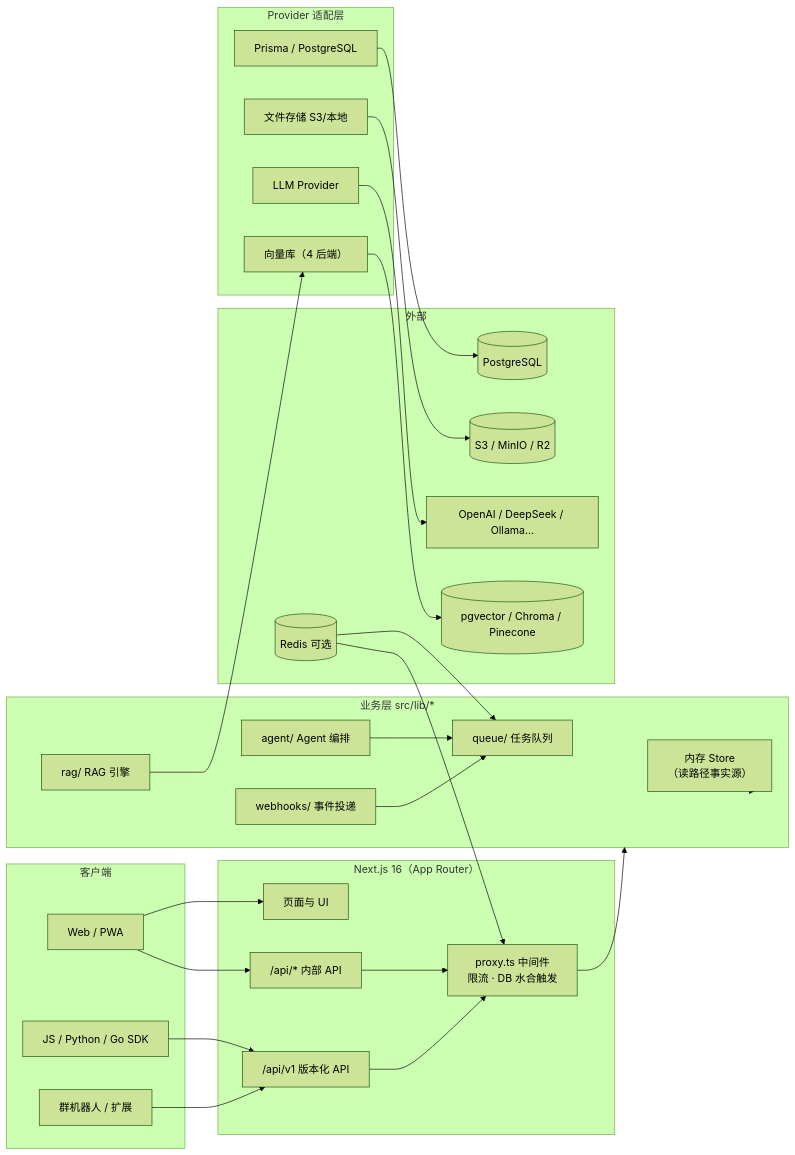
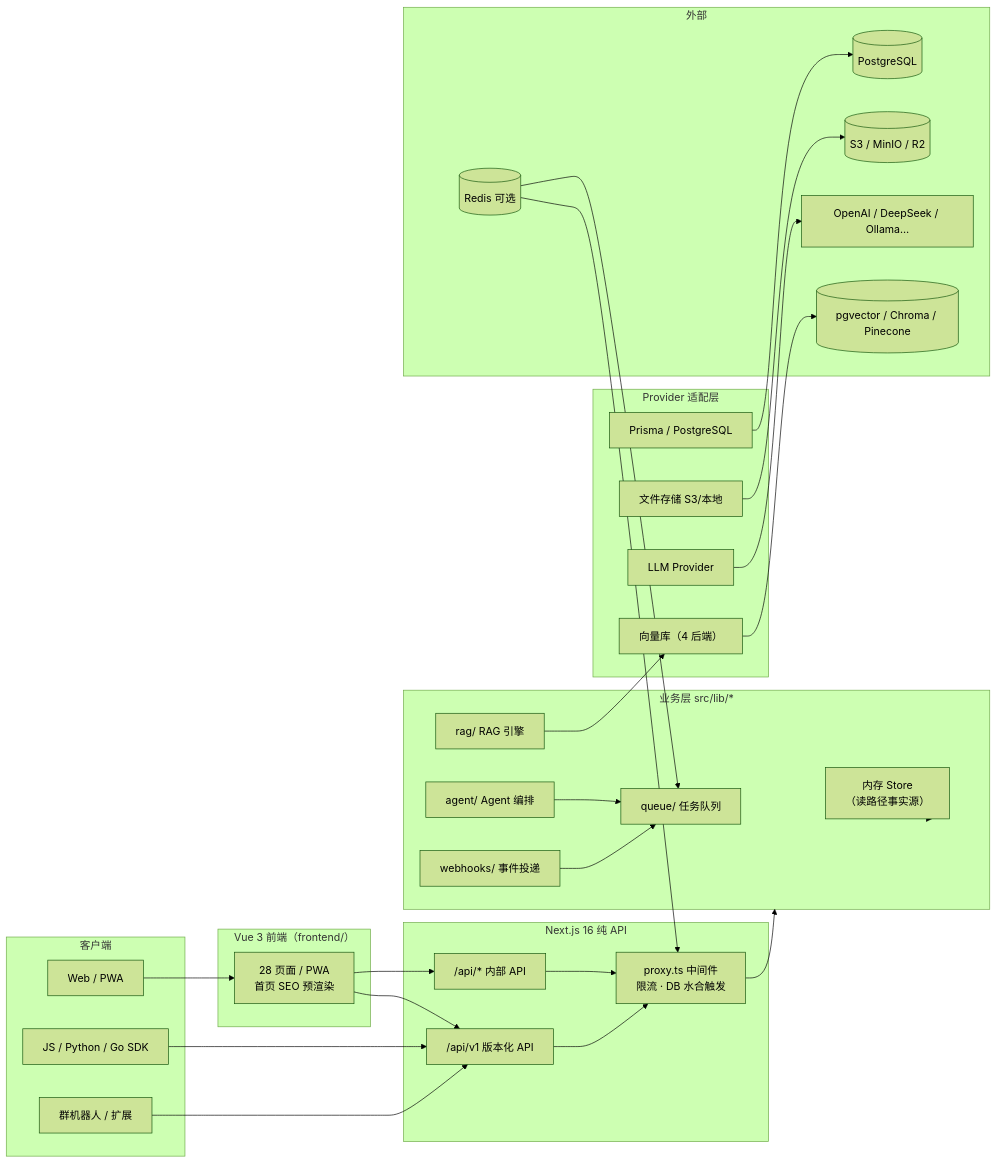
One commit to BlackArt40/KnowledgeAI changed the first of 2 diagrams in docs/architecture/overview.md. Above: the diagram before and after it, drawn with Mermaid (forest theme). The commit also changed other lines of this file and 9 other files, not shown here.

````diff
--- a/docs/architecture/overview.md
+++ b/docs/architecture/overview.md
@@ -27,52 +27,55 @@
 ```mermaid
 flowchart LR
   subgraph Client["客户端"]
     Web["Web / PWA"]
     SDK["JS / Python / Go SDK"]
     Bot["群机器人 / 扩展"]
   end
-  subgraph Next["Next.js 16（App Router）"]
-    Pages["页面与 UI"]
+  subgraph FE["Vue 3 前端（frontend/）"]
+    VUE["28 页面 / PWA<br/>首页 SEO 预渲染"]
+  end
+  subgraph Next["Next.js 16 纯 API"]
     V1["/api/v1 版本化 API"]
     LEGACY["/api/* 内部 API"]
     PROXY["proxy.ts 中间件<br/>限流 · DB 水合触发"]
   end
   subgraph Biz["业务层 src/lib/*"]
     STORE["内存 Store<br/>（读路径事实源）"]
     RAG["rag/ RAG 引擎"]
     AGENT["agent/ Agent 编排"]
     QUEUE["queue/ 任务队列"]
     WH["webhooks/ 事件投递"]
   end
   subgraph Adapter["Provider 适配层"]
     LLM["LLM Provider"]
     VEC["向量库（4 后端）"]
     DB["Prisma / PostgreSQL"]
     STOR["文件存储 S3/本地"]
   end
   subgraph Ext["外部"]
     PG[("PostgreSQL")]
     RD[("Redis 可选")]
     S3[("S3 / MinIO / R2")]
     LLMS["OpenAI / DeepSeek / Ollama…"]
     VDB[("pgvector / Chroma / Pinecone")]
   end
 
-  Web --> Pages
-  Web --> LEGACY
+  Web --> VUE
+  VUE --> LEGACY
+  VUE --> V1
   SDK --> V1
   Bot --> V1
   LEGACY --> PROXY
   V1 --> PROXY
   PROXY --> Biz
   Biz --> STORE
   RAG --> VEC
   AGENT --> QUEUE
   WH --> QUEUE
   DB --> PG
   RD --> QUEUE
   RD --> PROXY
   STOR --> S3
   LLM --> LLMS
   VEC --> VDB
 ```
````
